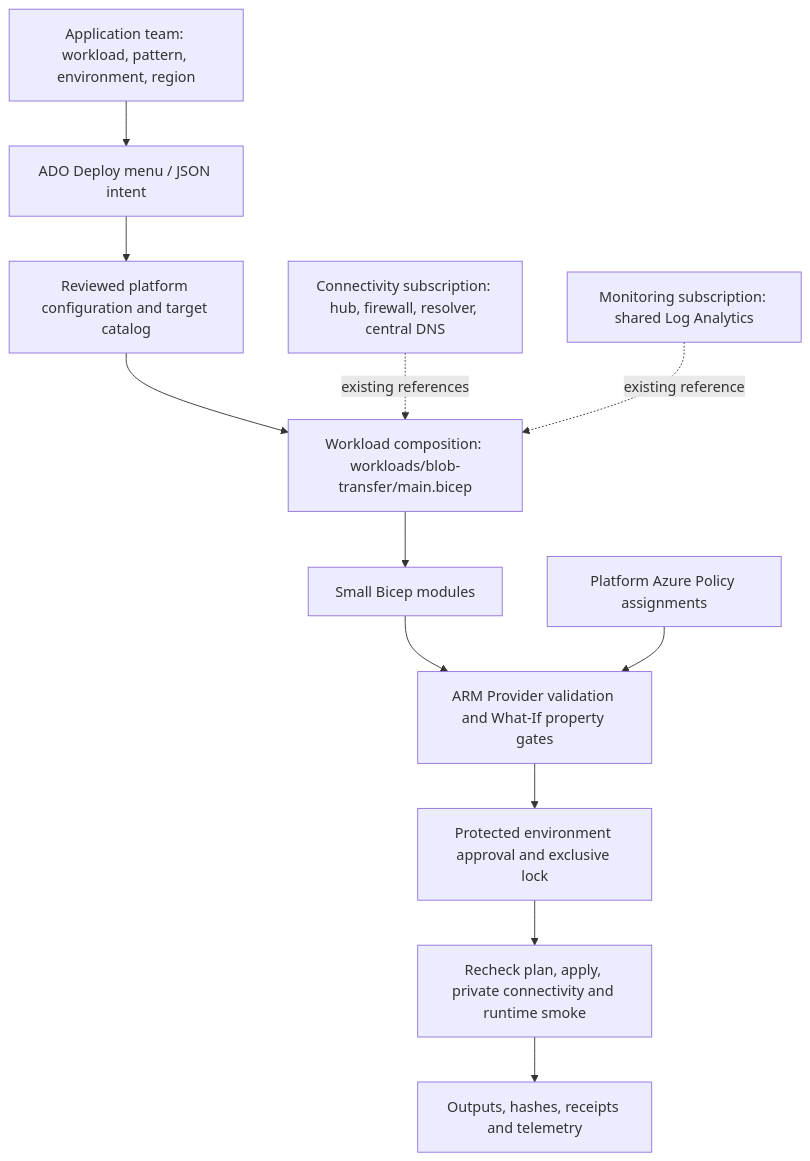
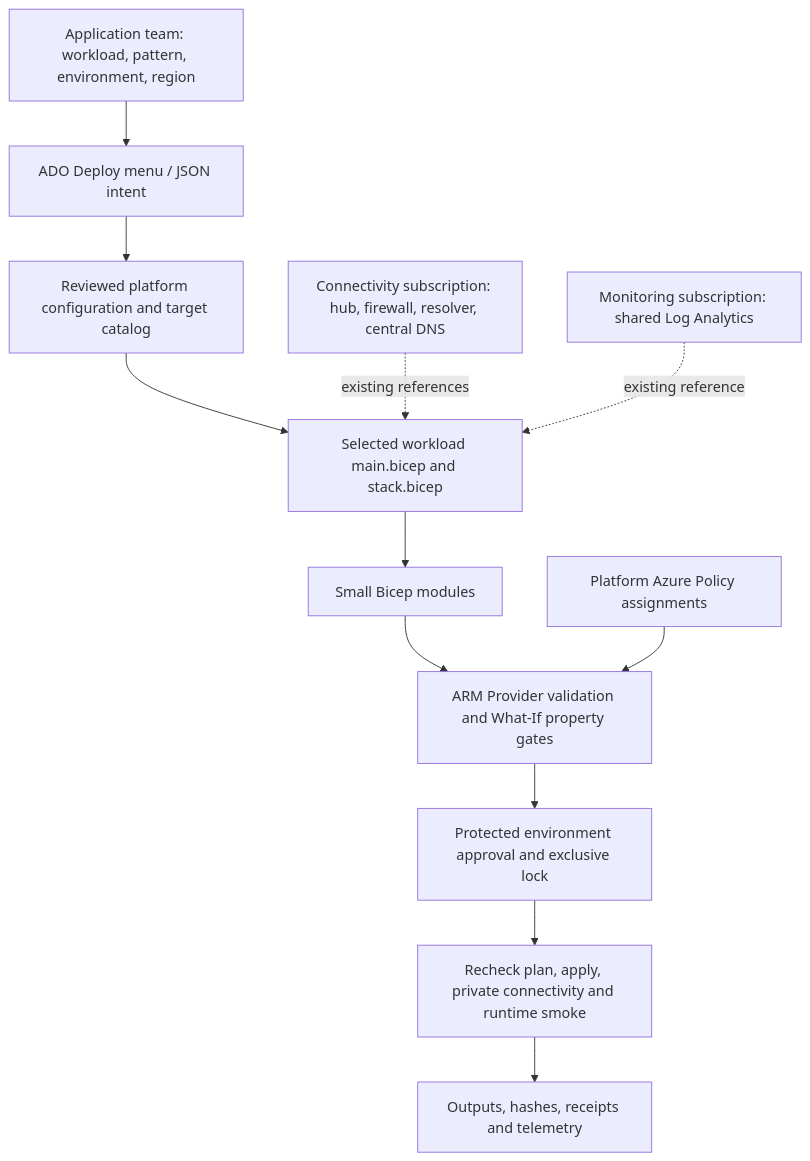
The diagram in docs/enterprise-platform.md (Enetact/Bicep), drawn with Mermaid before and after one commit. The commit also changed other lines of this file and 22 other files, not shown here.

````diff
--- a/docs/enterprise-platform.md
+++ b/docs/enterprise-platform.md
@@ -11,14 +11,14 @@
 ```mermaid
 flowchart TD
   Developer[Application team: workload, pattern, environment, region] --> Menu[ADO Deploy menu / JSON intent]
   Menu --> Catalog[Reviewed platform configuration and target catalog]
-  Catalog --> Composition[Workload composition: workloads/blob-transfer/main.bicep]
+  Catalog --> Composition[Selected workload main.bicep and stack.bicep]
   Composition --> Modules[Small Bicep modules]
   Modules --> Validate[ARM Provider validation and What-If property gates]
   Policy[Platform Azure Policy assignments] --> Validate
   Validate --> Approval[Protected environment approval and exclusive lock]
   Approval --> Apply[Recheck plan, apply, private connectivity and runtime smoke]
   Apply --> Evidence[Outputs, hashes, receipts and telemetry]
   Connectivity[Connectivity subscription: hub, firewall, resolver, central DNS] -. existing references .-> Composition
   Monitoring[Monitoring subscription: shared Log Analytics] -. existing reference .-> Composition
 ```
````
